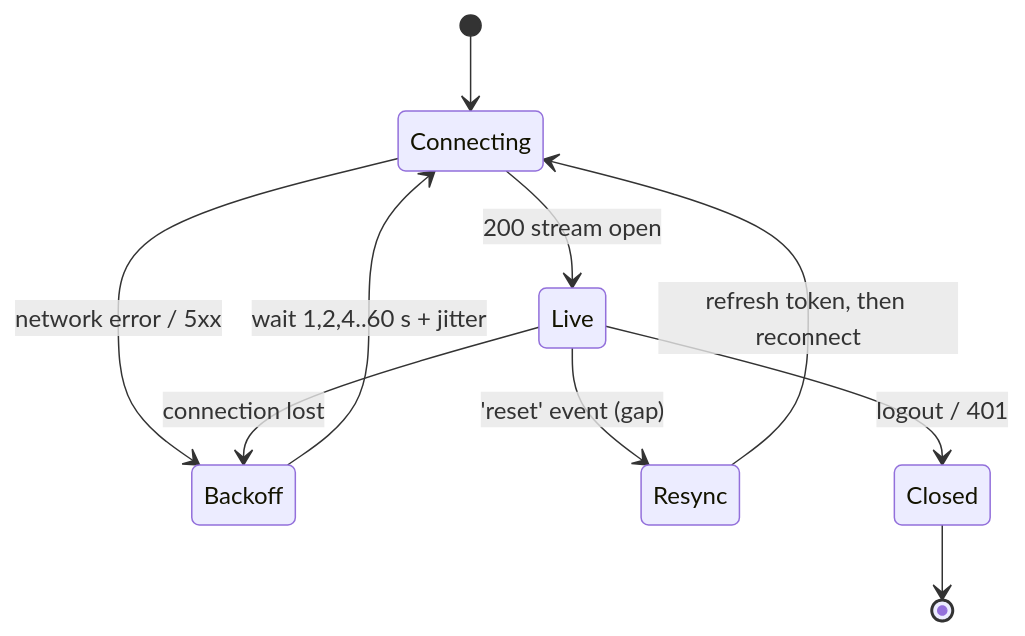
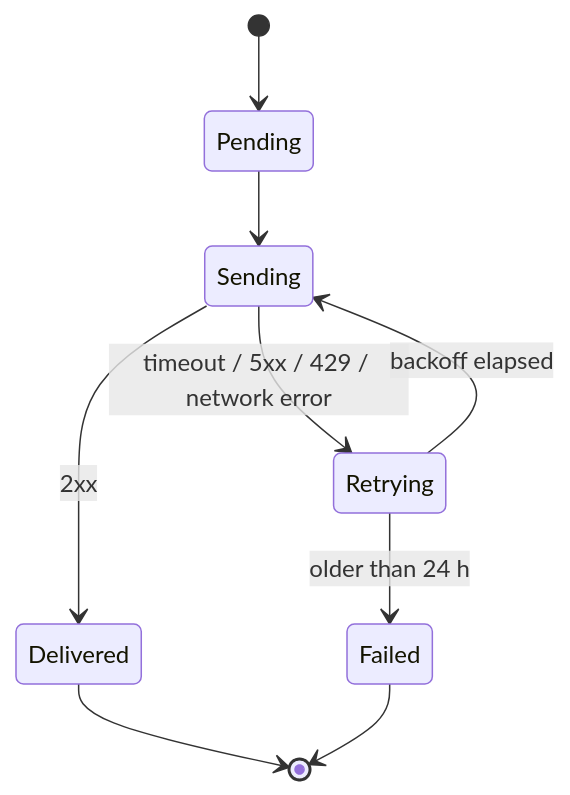
The tenth of 10 diagrams in docs/DESIGN-v1.2-requirements.md (Neural-Matrix-LLC/SSO-server), drawn with Mermaid before and after one commit. The commit also changed other lines of this file and 4 other files, not shown here.

````diff
--- a/docs/DESIGN-v1.2-requirements.md
+++ b/docs/DESIGN-v1.2-requirements.md
@@ -348,12 +420,11 @@
 ```mermaid
 stateDiagram-v2
-  [*] --> Connecting
-  Connecting --> Live: 200 stream open
-  Connecting --> Backoff: network error / 5xx
-  Live --> Backoff: connection lost
-  Backoff --> Connecting: wait 1,2,4..60 s + jitter
-  Live --> Resync: 'reset' event (gap)
-  Resync --> Connecting: refresh token, then reconnect
-  Live --> Closed: logout / 401
-  Closed --> [*]
+  [*] --> Pending
+  Pending --> Sending
+  Sending --> Delivered: 2xx
+  Sending --> Retrying: timeout / 5xx / 429 / network error
+  Retrying --> Sending: backoff elapsed
+  Retrying --> Failed: older than 24 h
+  Delivered --> [*]
+  Failed --> [*]
 ```
````
